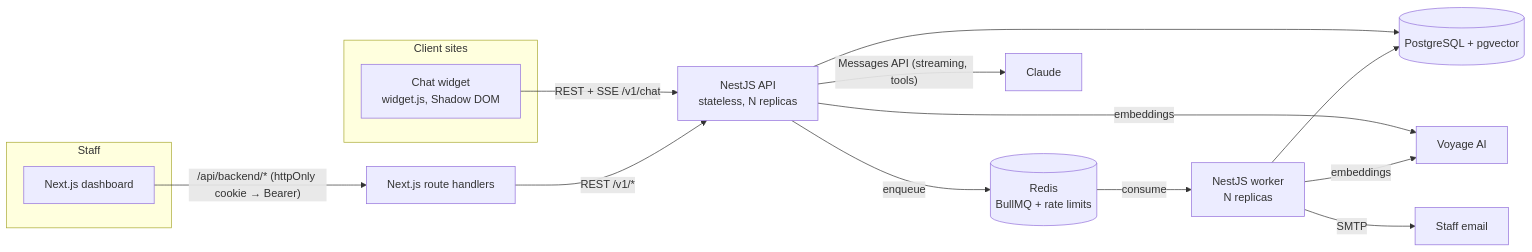
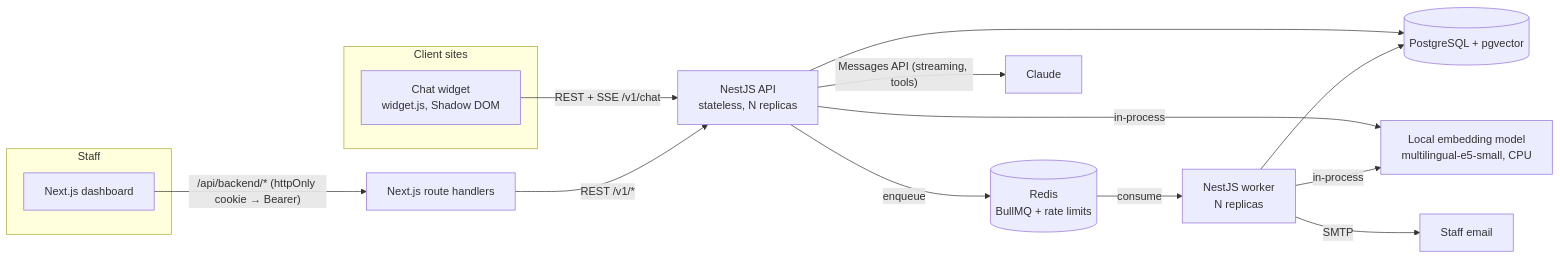
Before and after one commit to fawadeqbal/smilecare-assistant: the diagram in README.md, drawn with Mermaid. The commit also changed other lines of this file and 24 other files, not shown here.

First line of the commit message:
Replace Voyage with free self-hosted embeddings

````diff
--- a/README.md
+++ b/README.md
@@ -27,19 +27,19 @@
 ```mermaid
 flowchart LR
   subgraph Client sites
     W[Chat widget<br/>widget.js, Shadow DOM]
   end
   subgraph Staff
     D[Next.js dashboard]
   end
   D -- "/api/backend/* (httpOnly cookie → Bearer)" --> BFF[Next.js route handlers]
   W -- "REST + SSE /v1/chat" --> API
   BFF -- "REST /v1/*" --> API[NestJS API<br/>stateless, N replicas]
   API -- "enqueue" --> Q[(Redis<br/>BullMQ + rate limits)]
   Q -- "consume" --> WK[NestJS worker<br/>N replicas]
   API --> PG[(PostgreSQL + pgvector)]
   WK --> PG
   API -- "Messages API (streaming, tools)" --> C[Claude]
-  API & WK -- "embeddings" --> V[Voyage AI]
+  API & WK -- "in-process" --> V[Local embedding model<br/>multilingual-e5-small, CPU]
   WK -- "SMTP" --> M[Staff email]
 ```
````
